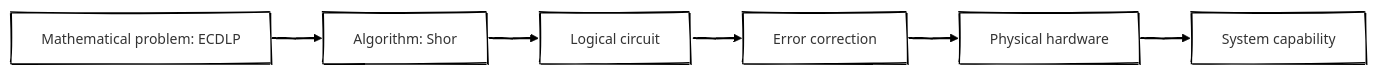
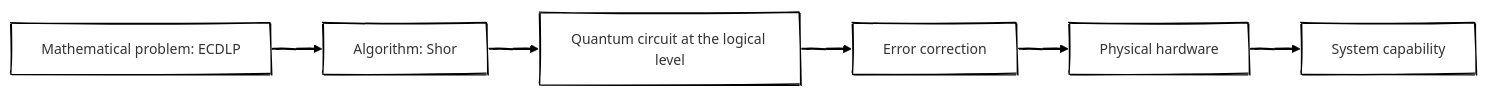
One commit to antomon/antomon.github.io changed the first of 4 diagrams in posts/quantum-cryptography-edge-feasibility-resource-estimates-architectural-divergence-systemic-risk/index.qmd. Above: the diagram before and after it, drawn with Mermaid. The commit also changed other lines of this file and 5 other files, not shown here.

````diff
--- a/posts/quantum-cryptography-edge-feasibility-resource-estimates-architectural-divergence-systemic-risk/index.qmd
+++ b/posts/quantum-cryptography-edge-feasibility-resource-estimates-architectural-divergence-systemic-risk/index.qmd
@@ -74,16 +76,16 @@
 ```{mermaid}
 %%| label: fig-quantum-stack-decomposition
 %%| fig-cap: Layered decomposition of the quantum attack problem from mathematical structure to physical realization
 %%| fig-alt: Diagram showing layers from ECDLP to Shor algorithm, logical circuit, error correction, physical hardware, and system capability
 %%| fig-align: center
 %%{init: {"theme": "neo", "look": "handDrawn"}}%%
 flowchart LR
     A[Mathematical problem: ECDLP]
     B[Algorithm: Shor]
-    C[Logical circuit]
+    C[Quantum circuit at the logical level]
     D[Error correction]
     E[Physical hardware]
     F[System capability]
 
     A --> B --> C --> D --> E --> F
 ```
````
